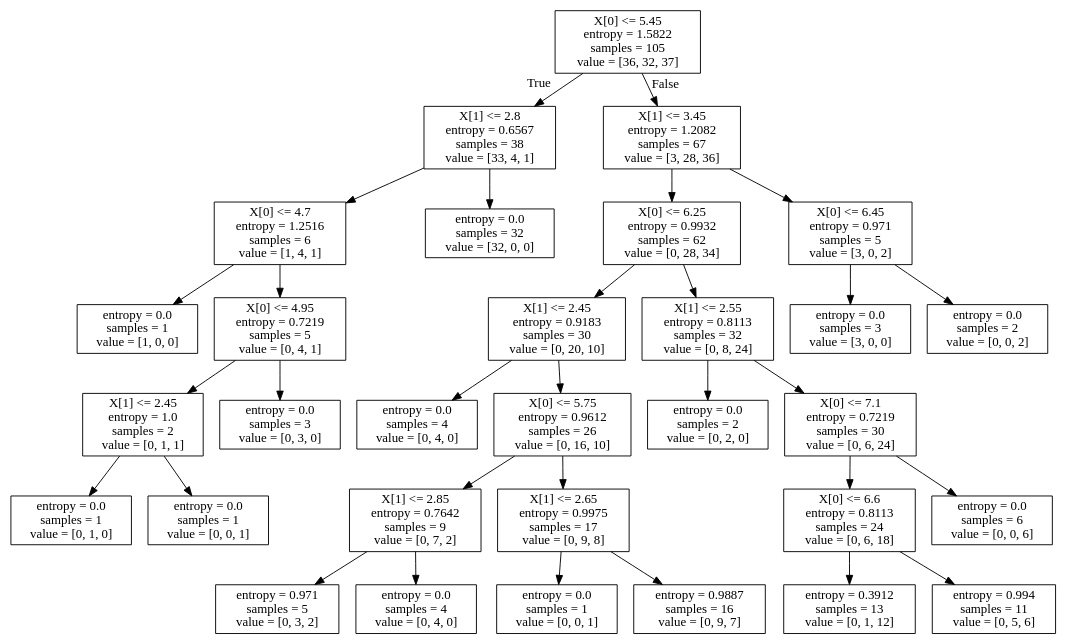
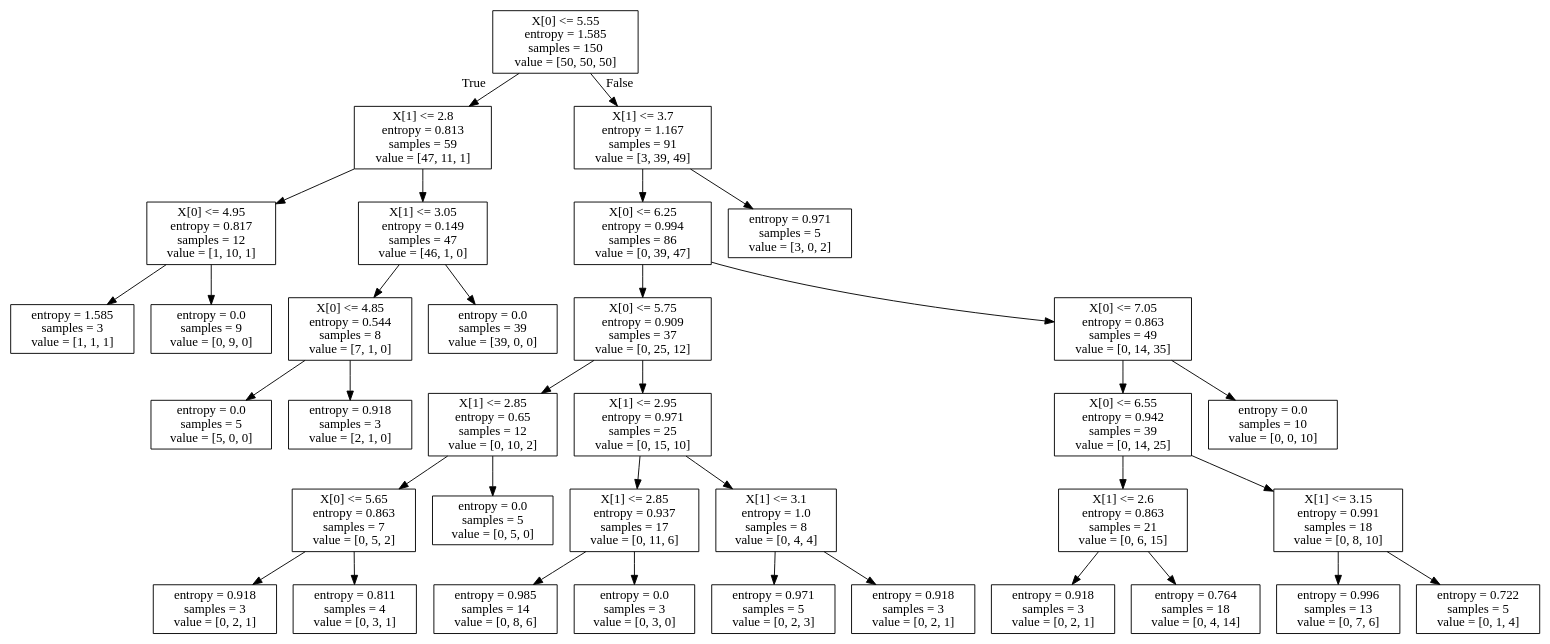
One commit to rmqc0909/ML-linear_regression changed the diagram in decision_tree/iris.dot. Above: the diagram before and after it, drawn with Graphviz. The commit also changed 5 other files, not shown here.

```diff
--- a/decision_tree/iris.dot
+++ b/decision_tree/iris.dot
@@ -1,64 +1,72 @@
 digraph Tree {
 node [shape=box] ;
-0 [label="X[0] <= 5.45\nentropy = 1.5822\nsamples = 105\nvalue = [36, 32, 37]"] ;
-1 [label="X[1] <= 2.8\nentropy = 0.6567\nsamples = 38\nvalue = [33, 4, 1]"] ;
+0 [label="X[0] <= 5.55\nentropy = 1.585\nsamples = 150\nvalue = [50, 50, 50]"] ;
+1 [label="X[1] <= 2.8\nentropy = 0.813\nsamples = 59\nvalue = [47, 11, 1]"] ;
 0 -> 1 [labeldistance=2.5, labelangle=45, headlabel="True"] ;
-2 [label="X[0] <= 4.7\nentropy = 1.2516\nsamples = 6\nvalue = [1, 4, 1]"] ;
+2 [label="X[0] <= 4.95\nentropy = 0.817\nsamples = 12\nvalue = [1, 10, 1]"] ;
 1 -> 2 ;
-3 [label="entropy = 0.0\nsamples = 1\nvalue = [1, 0, 0]"] ;
+3 [label="entropy = 1.585\nsamples = 3\nvalue = [1, 1, 1]"] ;
 2 -> 3 ;
-4 [label="X[0] <= 4.95\nentropy = 0.7219\nsamples = 5\nvalue = [0, 4, 1]"] ;
+4 [label="entropy = 0.0\nsamples = 9\nvalue = [0, 9, 0]"] ;
 2 -> 4 ;
-5 [label="X[1] <= 2.45\nentropy = 1.0\nsamples = 2\nvalue = [0, 1, 1]"] ;
-4 -> 5 ;
-6 [label="entropy = 0.0\nsamples = 1\nvalue = [0, 1, 0]"] ;
+5 [label="X[1] <= 3.05\nentropy = 0.149\nsamples = 47\nvalue = [46, 1, 0]"] ;
+1 -> 5 ;
+6 [label="X[0] <= 4.85\nentropy = 0.544\nsamples = 8\nvalue = [7, 1, 0]"] ;
 5 -> 6 ;
-7 [label="entropy = 0.0\nsamples = 1\nvalue = [0, 0, 1]"] ;
-5 -> 7 ;
-8 [label="entropy = 0.0\nsamples = 3\nvalue = [0, 3, 0]"] ;
-4 -> 8 ;
-9 [label="entropy = 0.0\nsamples = 32\nvalue = [32, 0, 0]"] ;
-1 -> 9 ;
-10 [label="X[1] <= 3.45\nentropy = 1.2082\nsamples = 67\nvalue = [3, 28, 36]"] ;
+7 [label="entropy = 0.0\nsamples = 5\nvalue = [5, 0, 0]"] ;
+6 -> 7 ;
+8 [label="entropy = 0.918\nsamples = 3\nvalue = [2, 1, 0]"] ;
+6 -> 8 ;
+9 [label="entropy = 0.0\nsamples = 39\nvalue = [39, 0, 0]"] ;
+5 -> 9 ;
+10 [label="X[1] <= 3.7\nentropy = 1.167\nsamples = 91\nvalue = [3, 39, 49]"] ;
 0 -> 10 [labeldistance=2.5, labelangle=-45, headlabel="False"] ;
-11 [label="X[0] <= 6.25\nentropy = 0.9932\nsamples = 62\nvalue = [0, 28, 34]"] ;
+11 [label="X[0] <= 6.25\nentropy = 0.994\nsamples = 86\nvalue = [0, 39, 47]"] ;
 10 -> 11 ;
-12 [label="X[1] <= 2.45\nentropy = 0.9183\nsamples = 30\nvalue = [0, 20, 10]"] ;
+12 [label="X[0] <= 5.75\nentropy = 0.909\nsamples = 37\nvalue = [0, 25, 12]"] ;
 11 -> 12 ;
-13 [label="entropy = 0.0\nsamples = 4\nvalue = [0, 4, 0]"] ;
+13 [label="X[1] <= 2.85\nentropy = 0.65\nsamples = 12\nvalue = [0, 10, 2]"] ;
 12 -> 13 ;
-14 [label="X[0] <= 5.75\nentropy = 0.9612\nsamples = 26\nvalue = [0, 16, 10]"] ;
-12 -> 14 ;
-15 [label="X[1] <= 2.85\nentropy = 0.7642\nsamples = 9\nvalue = [0, 7, 2]"] ;
+14 [label="X[0] <= 5.65\nentropy = 0.863\nsamples = 7\nvalue = [0, 5, 2]"] ;
+13 -> 14 ;
+15 [label="entropy = 0.918\nsamples = 3\nvalue = [0, 2, 1]"] ;
 14 -> 15 ;
-16 [label="entropy = 0.971\nsamples = 5\nvalue = [0, 3, 2]"] ;
-15 -> 16 ;
-17 [label="entropy = 0.0\nsamples = 4\nvalue = [0, 4, 0]"] ;
-15 -> 17 ;
-18 [label="X[1] <= 2.65\nentropy = 0.9975\nsamples = 17\nvalue = [0, 9, 8]"] ;
-14 -> 18 ;
-19 [label="entropy = 0.0\nsamples = 1\nvalue = [0, 0, 1]"] ;
+16 [label="entropy = 0.811\nsamples = 4\nvalue = [0, 3, 1]"] ;
+14 -> 16 ;
+17 [label="entropy = 0.0\nsamples = 5\nvalue = [0, 5, 0]"] ;
+13 -> 17 ;
+18 [label="X[1] <= 2.95\nentropy = 0.971\nsamples = 25\nvalue = [0, 15, 10]"] ;
+12 -> 18 ;
+19 [label="X[1] <= 2.85\nentropy = 0.937\nsamples = 17\nvalue = [0, 11, 6]"] ;
 18 -> 19 ;
-20 [label="entropy = 0.9887\nsamples = 16\nvalue = [0, 9, 7]"] ;
-18 -> 20 ;
-21 [label="X[1] <= 2.55\nentropy = 0.8113\nsamples = 32\nvalue = [0, 8, 24]"] ;
-11 -> 21 ;
-22 [label="entropy = 0.0\nsamples = 2\nvalue = [0, 2, 0]"] ;
-21 -> 22 ;
-23 [label="X[0] <= 7.1\nentropy = 0.7219\nsamples = 30\nvalue = [0, 6, 24]"] ;
-21 -> 23 ;
-24 [label="X[0] <= 6.6\nentropy = 0.8113\nsamples = 24\nvalue = [0, 6, 18]"] ;
-23 -> 24 ;
-25 [label="entropy = 0.3912\nsamples = 13\nvalue = [0, 1, 12]"] ;
-24 -> 25 ;
-26 [label="entropy = 0.994\nsamples = 11\nvalue = [0, 5, 6]"] ;
-24 -> 26 ;
-27 [label="entropy = 0.0\nsamples = 6\nvalue = [0, 0, 6]"] ;
-23 -> 27 ;
-28 [label="X[0] <= 6.45\nentropy = 0.971\nsamples = 5\nvalue = [3, 0, 2]"] ;
-10 -> 28 ;
-29 [label="entropy = 0.0\nsamples = 3\nvalue = [3, 0, 0]"] ;
-28 -> 29 ;
-30 [label="entropy = 0.0\nsamples = 2\nvalue = [0, 0, 2]"] ;
-28 -> 30 ;
+20 [label="entropy = 0.985\nsamples = 14\nvalue = [0, 8, 6]"] ;
+19 -> 20 ;
+21 [label="entropy = 0.0\nsamples = 3\nvalue = [0, 3, 0]"] ;
+19 -> 21 ;
+22 [label="X[1] <= 3.1\nentropy = 1.0\nsamples = 8\nvalue = [0, 4, 4]"] ;
+18 -> 22 ;
+23 [label="entropy = 0.971\nsamples = 5\nvalue = [0, 2, 3]"] ;
+22 -> 23 ;
+24 [label="entropy = 0.918\nsamples = 3\nvalue = [0, 2, 1]"] ;
+22 -> 24 ;
+25 [label="X[0] <= 7.05\nentropy = 0.863\nsamples = 49\nvalue = [0, 14, 35]"] ;
+11 -> 25 ;
+26 [label="X[0] <= 6.55\nentropy = 0.942\nsamples = 39\nvalue = [0, 14, 25]"] ;
+25 -> 26 ;
+27 [label="X[1] <= 2.6\nentropy = 0.863\nsamples = 21\nvalue = [0, 6, 15]"] ;
+26 -> 27 ;
+28 [label="entropy = 0.918\nsamples = 3\nvalue = [0, 2, 1]"] ;
+27 -> 28 ;
+29 [label="entropy = 0.764\nsamples = 18\nvalue = [0, 4, 14]"] ;
+27 -> 29 ;
+30 [label="X[1] <= 3.15\nentropy = 0.991\nsamples = 18\nvalue = [0, 8, 10]"] ;
+26 -> 30 ;
+31 [label="entropy = 0.996\nsamples = 13\nvalue = [0, 7, 6]"] ;
+30 -> 31 ;
+32 [label="entropy = 0.722\nsamples = 5\nvalue = [0, 1, 4]"] ;
+30 -> 32 ;
+33 [label="entropy = 0.0\nsamples = 10\nvalue = [0, 0, 10]"] ;
+25 -> 33 ;
+34 [label="entropy = 0.971\nsamples = 5\nvalue = [3, 0, 2]"] ;
+10 -> 34 ;
 }
```
